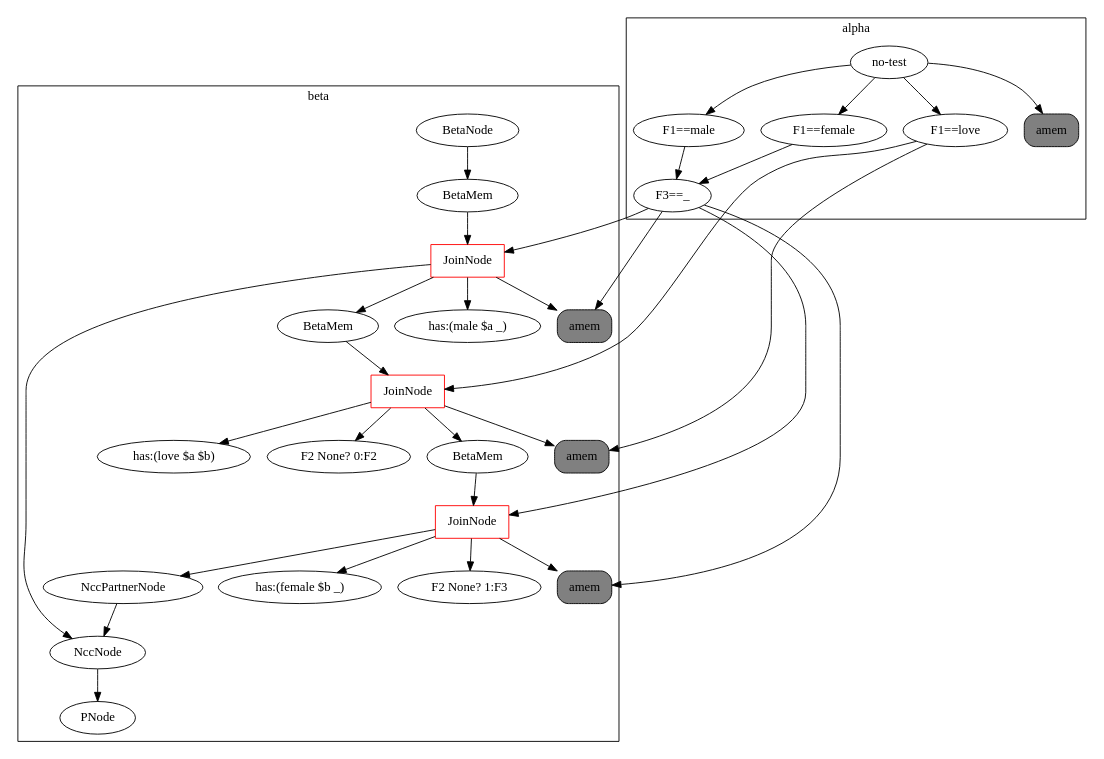
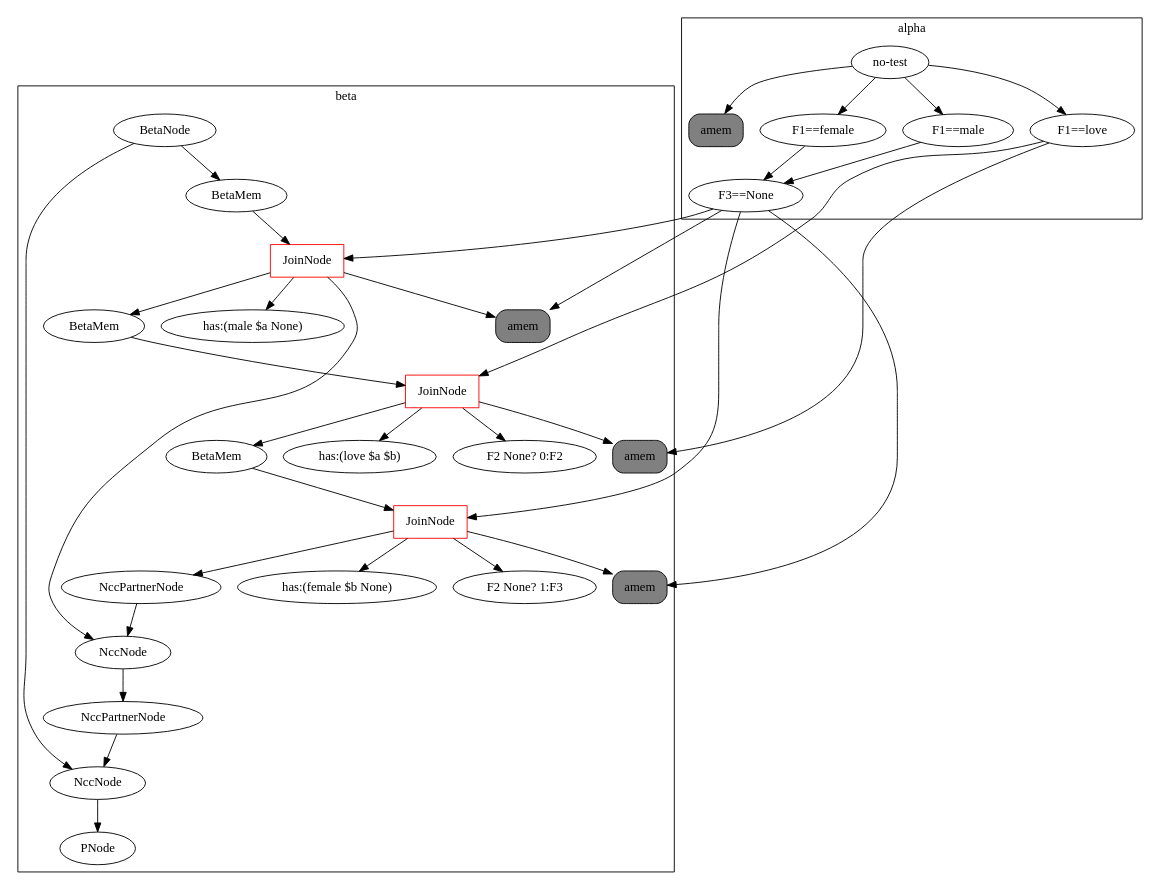
The diagram in rete.dot (Cybernetic1/GIRL), drawn with Graphviz before and after one commit. The commit also changed 4 other files, not shown here.

```diff
--- a/rete.dot
+++ b/rete.dot
@@ -1,52 +1,57 @@
 digraph {
 	subgraph cluster_1 {
 	label = beta
-	"BetaNode 140427264776568" [label="BetaNode"];
-	"BetaNode 140427264776568" -> "BetaMemory 140427264907304";
-	"BetaMemory 140427264907304" [label="BetaMem"];
-	"BetaMemory 140427264907304" -> "JoinNode 140427264907584";
-	"JoinNode 140427264907584" [shape=box, color=red, label="JoinNode"];
-	"JoinNode 140427264907584" -> "amem:<rete.alpha.AlphaMemory object at 0x7fb7c53dd908>"
-	"JoinNode 140427264907584" -> "has:(male $a _)"
-	"JoinNode 140427264907584" -> "BetaMemory 140427264907696";
-	"BetaMemory 140427264907696" [label="BetaMem"];
-	"BetaMemory 140427264907696" -> "JoinNode 140427264907920";
-	"JoinNode 140427264907920" [shape=box, color=red, label="JoinNode"];
-	"JoinNode 140427264907920" -> "amem:<rete.alpha.AlphaMemory object at 0x7fb7c53dda20>"
-	"JoinNode 140427264907920" -> "has:(love $a $b)"
-	"JoinNode 140427264907920" -> "F2 None? 0:F2"
-	"JoinNode 140427264907920" -> "BetaMemory 140427264907976";
-	"BetaMemory 140427264907976" [label="BetaMem"];
-	"BetaMemory 140427264907976" -> "JoinNode 140427264908256";
-	"JoinNode 140427264908256" [shape=box, color=red, label="JoinNode"];
-	"JoinNode 140427264908256" -> "amem:<rete.alpha.AlphaMemory object at 0x7fb7c53ddba8>"
-	"JoinNode 140427264908256" -> "has:(female $b _)"
-	"JoinNode 140427264908256" -> "F2 None? 1:F3"
-	"JoinNode 140427264908256" -> "<rete.ncc_node.NccPartnerNode object at 0x7fb7c53ddc18>";
-	"<rete.ncc_node.NccPartnerNode object at 0x7fb7c53ddc18>" [label="NccPartnerNode"];
-	"<rete.ncc_node.NccPartnerNode object at 0x7fb7c53ddc18>" -> "<rete.ncc_node.NccNode object at 0x7fb7c53dd978>";
-	"JoinNode 140427264907584" -> "<rete.ncc_node.NccNode object at 0x7fb7c53dd978>";
-	"<rete.ncc_node.NccNode object at 0x7fb7c53dd978>" [label="NccNode"];
-	"<rete.ncc_node.NccNode object at 0x7fb7c53dd978>" -> "PNode 140427264907248";
-	"PNode 140427264907248" [label="PNode"];
+	"BetaNode 140144843479472" [label="BetaNode"];
+	"BetaNode 140144843479472" -> "BetaMemory 140144843174408";
+	"BetaMemory 140144843174408" [label="BetaMem"];
+	"BetaMemory 140144843174408" -> "JoinNode 140144843174688";
+	"JoinNode 140144843174688" [shape=box, color=red, label="JoinNode"];
+	"JoinNode 140144843174688" -> "amem:<rete.alpha.AlphaMemory object at 0x7f76039832e8>"
+	"JoinNode 140144843174688" -> "has:(male $a None)"
+	"JoinNode 140144843174688" -> "BetaMemory 140144843174800";
+	"BetaMemory 140144843174800" [label="BetaMem"];
+	"BetaMemory 140144843174800" -> "JoinNode 140144843175024";
+	"JoinNode 140144843175024" [shape=box, color=red, label="JoinNode"];
+	"JoinNode 140144843175024" -> "amem:<rete.alpha.AlphaMemory object at 0x7f7603983400>"
+	"JoinNode 140144843175024" -> "has:(love $a $b)"
+	"JoinNode 140144843175024" -> "F2 None? 0:F2"
+	"JoinNode 140144843175024" -> "BetaMemory 140144843175080";
+	"BetaMemory 140144843175080" [label="BetaMem"];
+	"BetaMemory 140144843175080" -> "JoinNode 140144843175360";
+	"JoinNode 140144843175360" [shape=box, color=red, label="JoinNode"];
+	"JoinNode 140144843175360" -> "amem:<rete.alpha.AlphaMemory object at 0x7f7603983588>"
+	"JoinNode 140144843175360" -> "has:(female $b None)"
+	"JoinNode 140144843175360" -> "F2 None? 1:F3"
+	"JoinNode 140144843175360" -> "<rete.ncc_node.NccPartnerNode object at 0x7f76039835f8>";
+	"<rete.ncc_node.NccPartnerNode object at 0x7f76039835f8>" [label="NccPartnerNode"];
+	"<rete.ncc_node.NccPartnerNode object at 0x7f76039835f8>" -> "<rete.ncc_node.NccNode object at 0x7f7603983358>";
+	"JoinNode 140144843174688" -> "<rete.ncc_node.NccNode object at 0x7f7603983358>";
+	"<rete.ncc_node.NccNode object at 0x7f7603983358>" [label="NccNode"];
+	"<rete.ncc_node.NccNode object at 0x7f7603983358>" -> "<rete.ncc_node.NccPartnerNode object at 0x7f7603983630>";
+	"<rete.ncc_node.NccPartnerNode object at 0x7f7603983630>" [label="NccPartnerNode"];
+	"<rete.ncc_node.NccPartnerNode object at 0x7f7603983630>" -> "<rete.ncc_node.NccNode object at 0x7f76039831d0>";
+	"BetaNode 140144843479472" -> "<rete.ncc_node.NccNode object at 0x7f76039831d0>";
+	"<rete.ncc_node.NccNode object at 0x7f76039831d0>" [label="NccNode"];
+	"<rete.ncc_node.NccNode object at 0x7f76039831d0>" -> "PNode 140144843174296";
+	"PNode 140144843174296" [label="PNode"];
 	}
 	subgraph cluster_0 {
 	label = alpha
 	"no-test" -> "F1==male";
-	"F1==male" -> "F3==_";
-	"F3==_" -> "amem:<rete.alpha.AlphaMemory object at 0x7fb7c53dd908>";
-	"amem:<rete.alpha.AlphaMemory object at 0x7fb7c53dd908>" [shape=box, style="rounded,filled", label="amem", fillcolor=gray];
+	"F1==male" -> "F3==None";
+	"F3==None" -> "amem:<rete.alpha.AlphaMemory object at 0x7f76039832e8>";
+	"amem:<rete.alpha.AlphaMemory object at 0x7f76039832e8>" [shape=box, style="rounded,filled", label="amem", fillcolor=gray];
 	"no-test" -> "F1==love";
-	"F1==love" -> "amem:<rete.alpha.AlphaMemory object at 0x7fb7c53dda20>";
-	"amem:<rete.alpha.AlphaMemory object at 0x7fb7c53dda20>" [shape=box, style="rounded,filled", label="amem", fillcolor=gray];
+	"F1==love" -> "amem:<rete.alpha.AlphaMemory object at 0x7f7603983400>";
+	"amem:<rete.alpha.AlphaMemory object at 0x7f7603983400>" [shape=box, style="rounded,filled", label="amem", fillcolor=gray];
 	"no-test" -> "F1==female";
-	"F1==female" -> "F3==_";
-	"F3==_" -> "amem:<rete.alpha.AlphaMemory object at 0x7fb7c53ddba8>";
-	"amem:<rete.alpha.AlphaMemory object at 0x7fb7c53ddba8>" [shape=box, style="rounded,filled", label="amem", fillcolor=gray];
-	"no-test" -> "amem:<rete.alpha.AlphaMemory object at 0x7fb7c53bd6d8>";
-	"amem:<rete.alpha.AlphaMemory object at 0x7fb7c53bd6d8>" [shape=box, style="rounded,filled", label="amem", fillcolor=gray];
+	"F1==female" -> "F3==None";
+	"F3==None" -> "amem:<rete.alpha.AlphaMemory object at 0x7f7603983588>";
+	"amem:<rete.alpha.AlphaMemory object at 0x7f7603983588>" [shape=box, style="rounded,filled", label="amem", fillcolor=gray];
+	"no-test" -> "amem:<rete.alpha.AlphaMemory object at 0x7f76039cd710>";
+	"amem:<rete.alpha.AlphaMemory object at 0x7f76039cd710>" [shape=box, style="rounded,filled", label="amem", fillcolor=gray];
 	}
-	"F3==_" -> "JoinNode 140427264907584";
-	"F1==love" -> "JoinNode 140427264907920";
-	"F3==_" -> "JoinNode 140427264908256";
+	"F3==None" -> "JoinNode 140144843174688";
+	"F1==love" -> "JoinNode 140144843175024";
+	"F3==None" -> "JoinNode 140144843175360";
 }
```
